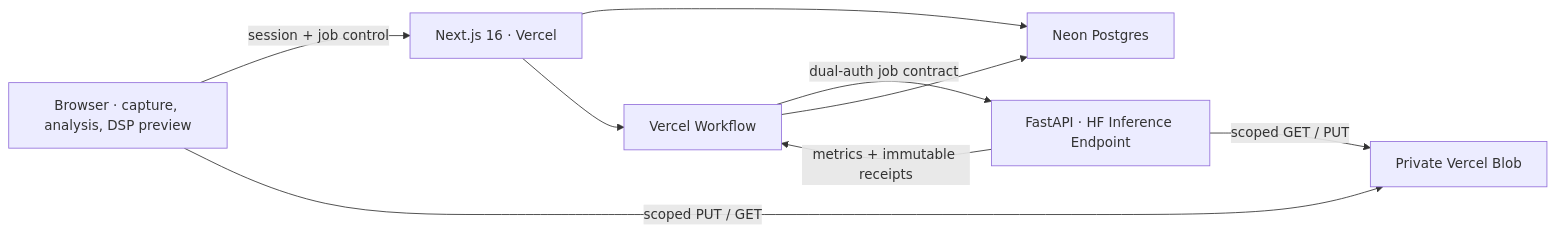
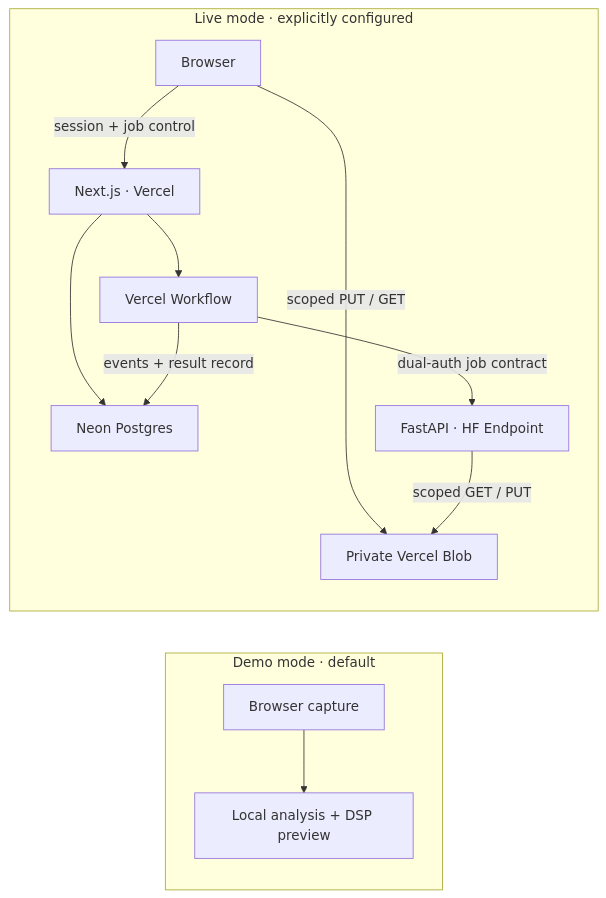
Before and after one commit to sergiopesch/signal-enhancer: the diagram in README.md, drawn with Mermaid. The commit also changed other lines of this file and 61 other files, not shown here.

````diff
--- a/README.md
+++ b/README.md
@@ -30,18 +60,16 @@
 ```mermaid
 flowchart LR
-    Browser["Browser · capture, analysis, DSP preview"]
-    Web["Next.js 16 · Vercel"]
-    DB["Neon Postgres"]
-    Blob["Private Vercel Blob"]
-    Workflow["Vercel Workflow"]
-    Worker["FastAPI · HF Inference Endpoint"]
+    subgraph Demo["Demo mode · default"]
+        DemoBrowser["Browser capture"] --> DemoAnalysis["Local analysis + DSP preview"]
+    end
 
-    Browser -->|"session + job control"| Web
-    Web --> DB
-    Browser -->|"scoped PUT / GET"| Blob
-    Web --> Workflow
-    Workflow -->|"dual-auth job contract"| Worker
-    Worker -->|"scoped GET / PUT"| Blob
-    Worker -->|"metrics + immutable receipts"| Workflow
-    Workflow --> DB
+    subgraph Live["Live mode · explicitly configured"]
+        Browser["Browser"] -->|"session + job control"| Web["Next.js · Vercel"]
+        Browser -->|"scoped PUT / GET"| Blob["Private Vercel Blob"]
+        Web --> DB["Neon Postgres"]
+        Web --> Workflow["Vercel Workflow"]
+        Workflow -->|"dual-auth job contract"| Worker["FastAPI · HF Endpoint"]
+        Worker -->|"scoped GET / PUT"| Blob
+        Workflow -->|"events + result record"| DB
+    end
 ```
````
